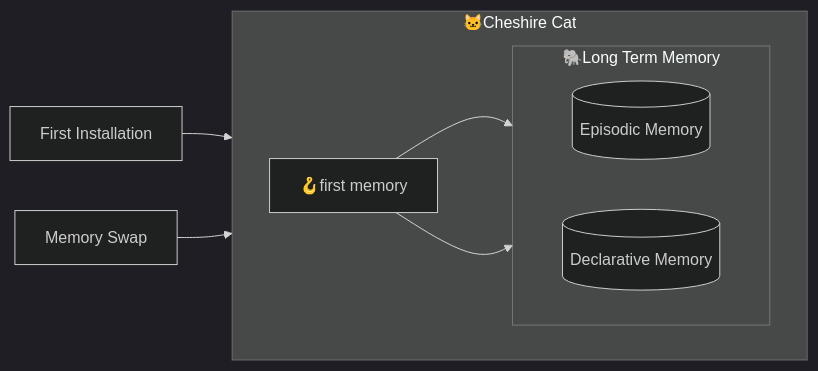
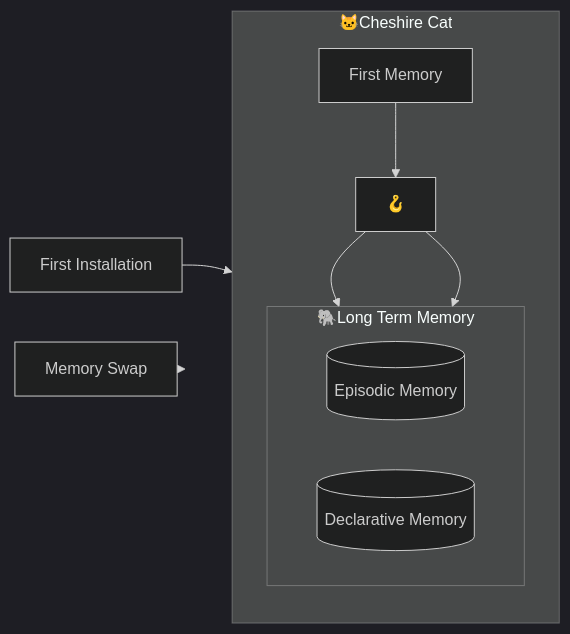
One commit to cheshire-cat-ai/core changed the diagram in mkdocs/conceptual/memory/vector_memory.md. Above: the diagram before and after it, drawn with Mermaid (dark theme). The commit also changed other lines of this file and 9 other files, not shown here.

````diff
--- a/mkdocs/conceptual/memory/vector_memory.md
+++ b/mkdocs/conceptual/memory/vector_memory.md
@@ -21,15 +21,16 @@
 ```mermaid
 flowchart LR
     subgraph CAT ["🐱Cheshire Cat"]
-        direction LR
+        direction TB
         subgraph LTM ["🐘Long Term Memory"]
             direction LR
             C[(Episodic Memory)];
             D[(Declarative Memory)];
         end
-        A["🪝first memory"] --> C[(Episodic Memory)];
-        A["🪝first memory"] --> D[(Declarative Memory)];
+        A["First Memory"] --> H["🪝"];
+        H["🪝"] --> C[(Episodic Memory)];
+        H["🪝"] --> D[(Declarative Memory)];
     end
     E[First Installation] --> CAT;
     F[Memory Swap] --> LTM;
 ```
````
